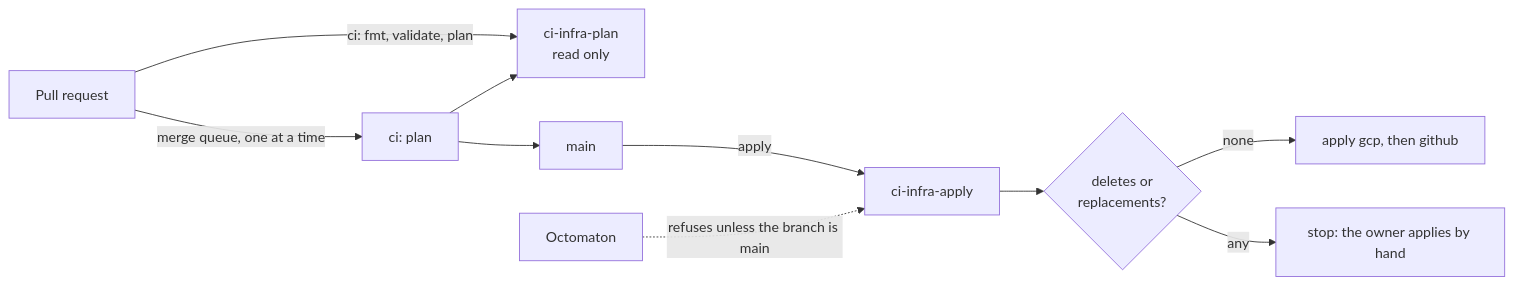
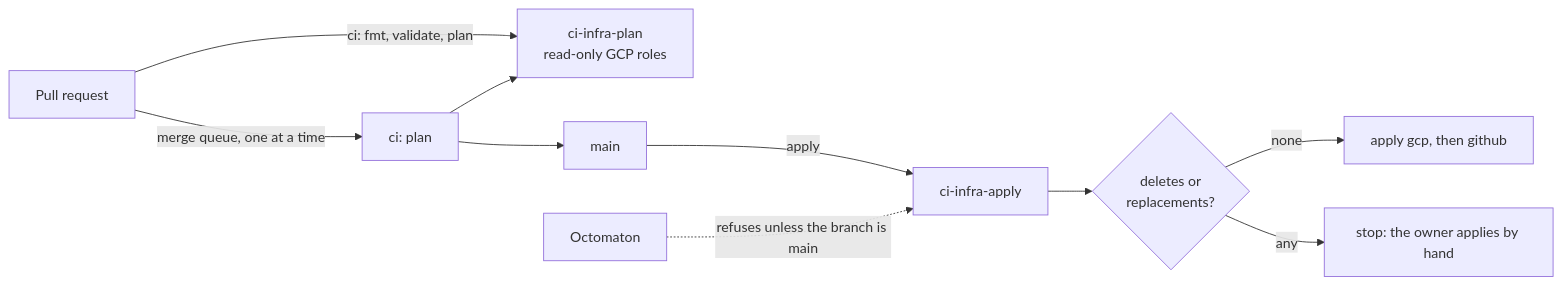
The diagram in hub/designs/terraform-plan-apply.md (arikkfir-org/docs), drawn with Mermaid before and after one commit. The commit also changed other lines of this file, not shown here.

First line of the commit message:
docs(hub): ci-infra-plan's GCP roles are read only, not the identity

````diff
--- a/hub/designs/terraform-plan-apply.md
+++ b/hub/designs/terraform-plan-apply.md
@@ -18,12 +19,12 @@
 ```mermaid
 flowchart LR
-  PR[Pull request] -->|ci: fmt, validate, plan| PL[ci-infra-plan<br/>read only]
+  PR[Pull request] -->|ci: fmt, validate, plan| PL[ci-infra-plan<br/>read-only GCP roles]
   PR -->|merge queue, one at a time| MQ[ci: plan]
   MQ --> PL
   MQ --> M[main]
   M -->|apply| AP[ci-infra-apply]
   O[Octomaton] -. refuses unless the branch is main .-> AP
   AP --> G{deletes or<br/>replacements?}
   G -->|none| A[apply gcp, then github]
   G -->|any| S[stop: the owner applies by hand]
 ```
````
